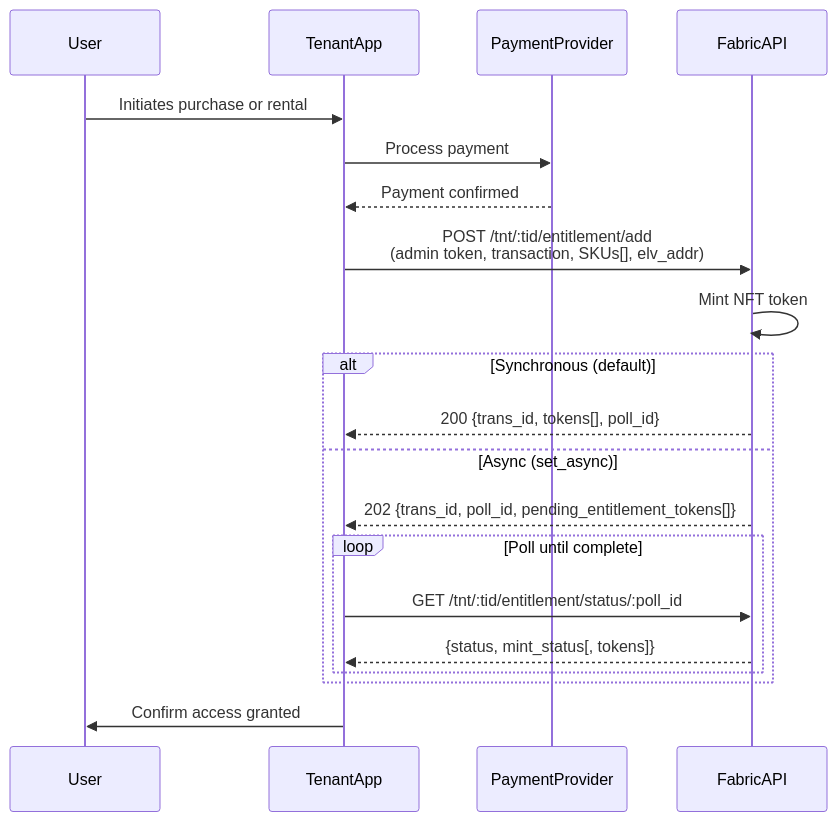
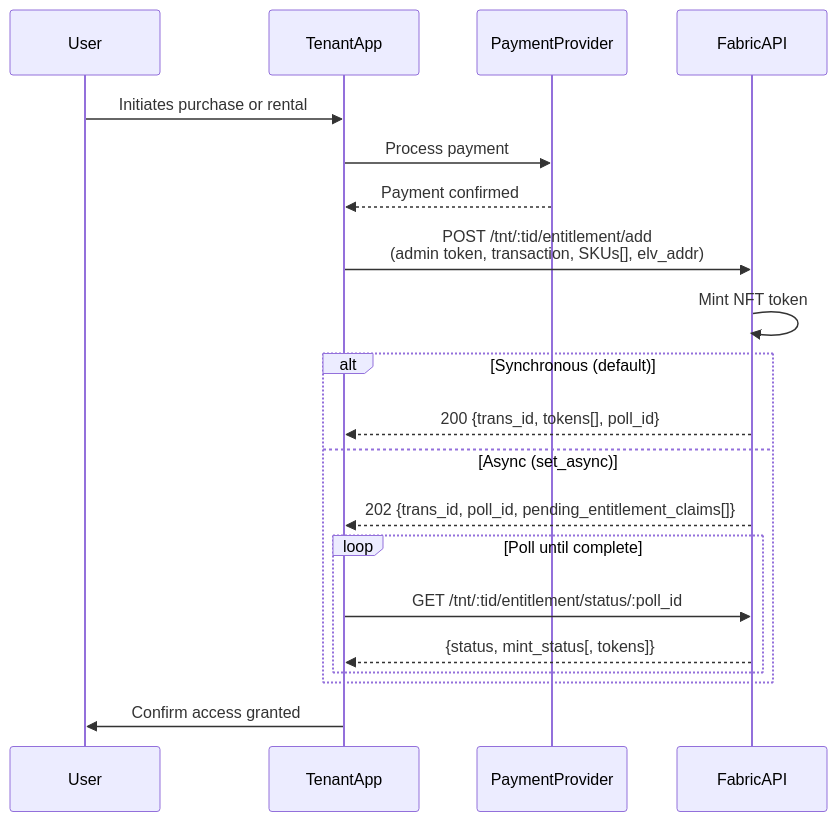
The diagram in media-wallet/purchase/entitlements/README.md (eluv-io/elv-docs), drawn with Mermaid before and after one commit. The commit also changed other lines of this file and 3 other files, not shown here.

````diff
--- a/media-wallet/purchase/entitlements/README.md
+++ b/media-wallet/purchase/entitlements/README.md
@@ -10,25 +10,25 @@
 ```mermaid
 sequenceDiagram
     participant User
     participant TenantApp
     participant PaymentProvider
     participant FabricAPI
 
     User->>TenantApp: Initiates purchase or rental
     TenantApp->>PaymentProvider: Process payment
     PaymentProvider-->>TenantApp: Payment confirmed
     TenantApp->>FabricAPI: POST /tnt/:tid/entitlement/add<br/>(admin token, transaction, SKUs[], elv_addr)
     FabricAPI->>FabricAPI: Mint NFT token
 
     alt Synchronous (default)
         FabricAPI-->>TenantApp: 200 {trans_id, tokens[], poll_id}
     else Async (set_async)
-        FabricAPI-->>TenantApp: 202 {trans_id, poll_id, pending_entitlement_tokens[]}
+        FabricAPI-->>TenantApp: 202 {trans_id, poll_id, pending_entitlement_claims[]}
         loop Poll until complete
             TenantApp->>FabricAPI: GET /tnt/:tid/entitlement/status/:poll_id
             FabricAPI-->>TenantApp: {status, mint_status[, tokens]}
         end
     end
 
     TenantApp->>User: Confirm access granted
 ```
````
